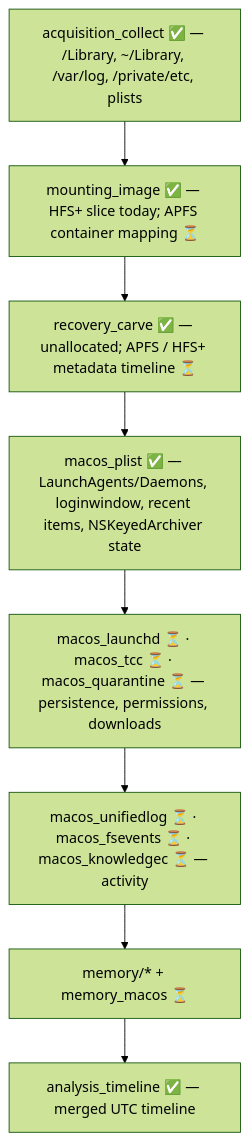
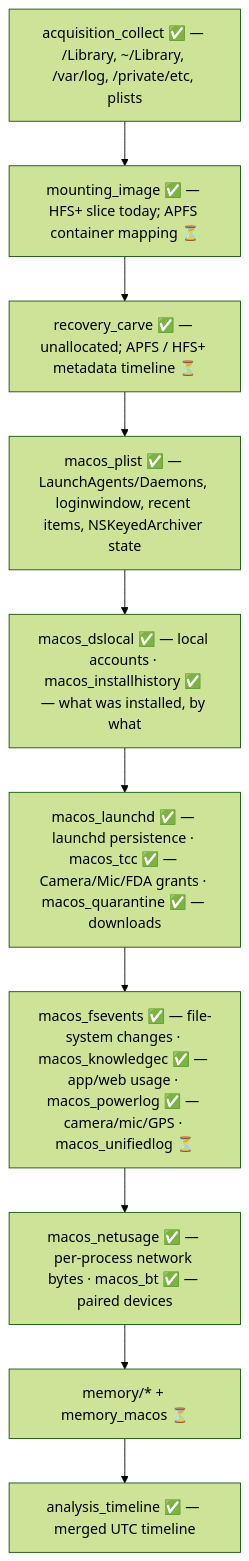
Before and after one commit to mostafaimam/Forensics-Tools: the fourth of 4 diagrams in README.md, drawn with Mermaid (forest theme). The commit also changed other lines of this file, not shown here.

````diff
--- a/README.md
+++ b/README.md
@@ -500,10 +504,12 @@
 ```mermaid
 flowchart TD
     A["acquisition_collect ✅ — /Library, ~/Library, /var/log, /private/etc, plists"] --> B["mounting_image ✅ — HFS+ slice today; APFS container mapping ⏳"]
     B --> C["recovery_carve ✅ — unallocated; APFS / HFS+ metadata timeline ⏳"]
     C --> D["macos_plist ✅ — LaunchAgents/Daemons, loginwindow, recent items, NSKeyedArchiver state"]
-    D --> E["macos_launchd ⏳ · macos_tcc ⏳ · macos_quarantine ⏳ — persistence, permissions, downloads"]
-    E --> F["macos_unifiedlog ⏳ · macos_fsevents ⏳ · macos_knowledgec ⏳ — activity"]
-    F --> G["memory/* + memory_macos ⏳"]
+    D --> DS["macos_dslocal ✅ — local accounts · macos_installhistory ✅ — what was installed, by what"]
+    DS --> E["macos_launchd ✅ — launchd persistence · macos_tcc ✅ — Camera/Mic/FDA grants · macos_quarantine ✅ — downloads"]
+    E --> F["macos_fsevents ✅ — file-system changes · macos_knowledgec ✅ — app/web usage · macos_powerlog ✅ — camera/mic/GPS · macos_unifiedlog ⏳"]
+    F --> NB["macos_netusage ✅ — per-process network bytes · macos_bt ✅ — paired devices"]
+    NB --> G["memory/* + memory_macos ⏳"]
     G --> H["analysis_timeline ✅ — merged UTC timeline"]
 ```
````
